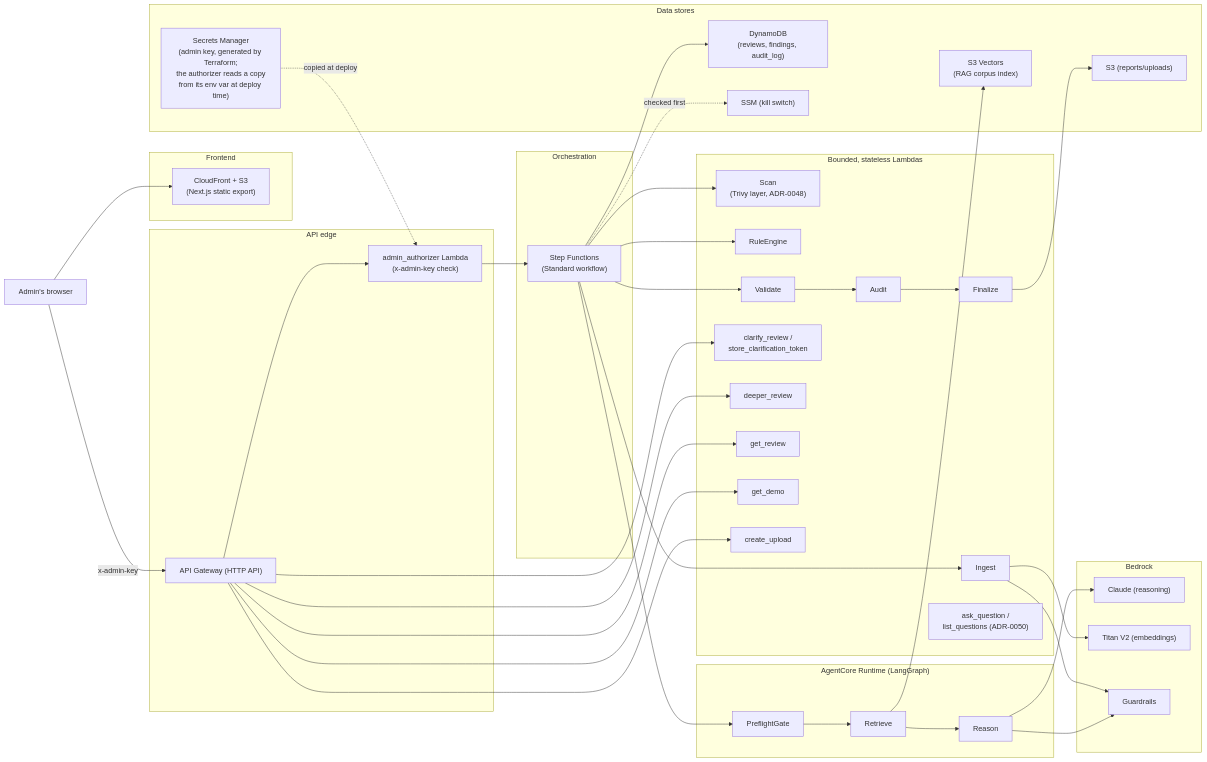
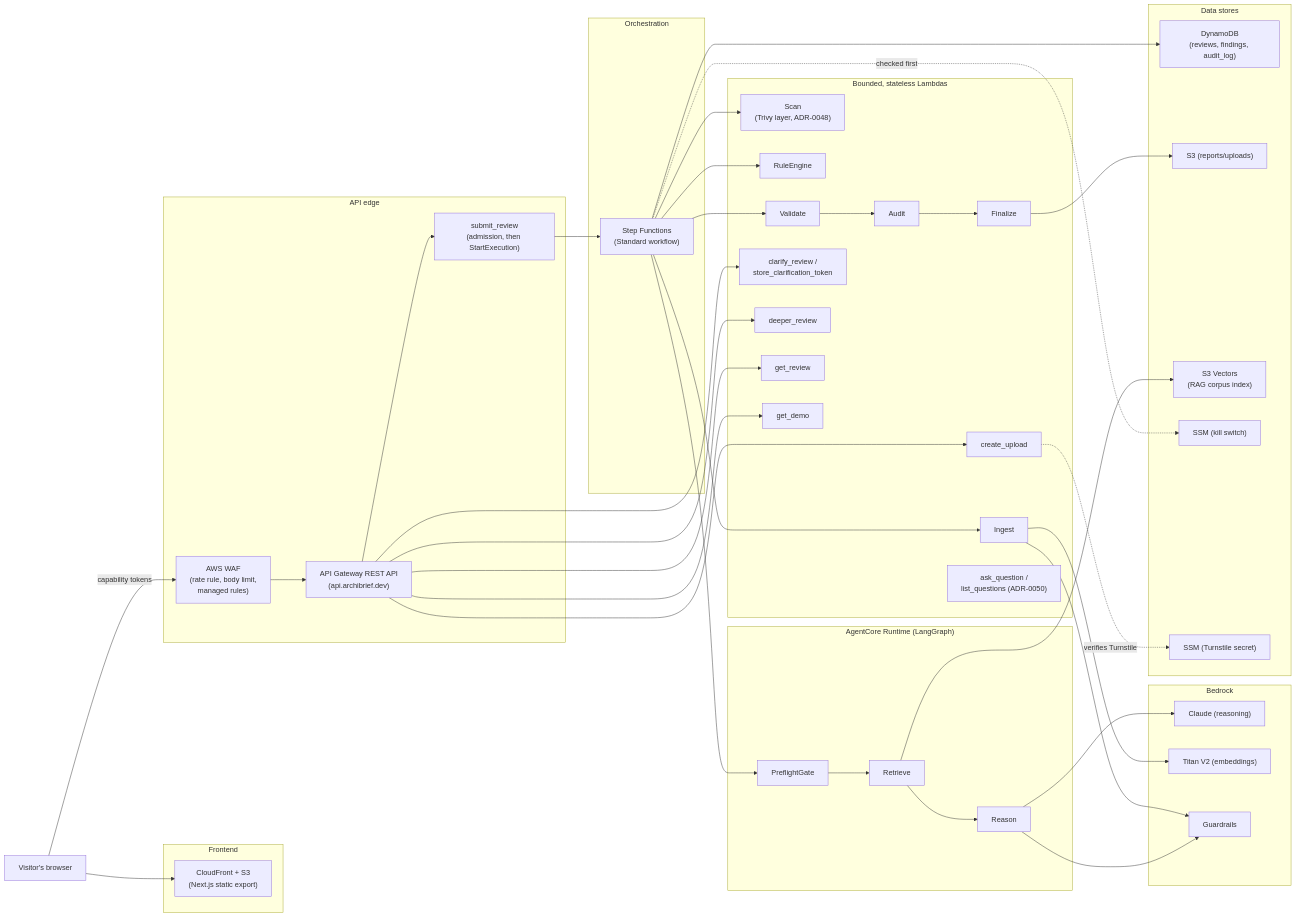
The first of 2 diagrams in docs/architecture.md (nandohtorres/archibrief), drawn with Mermaid before and after one commit. The commit also changed other lines of this file and 68 other files, not shown here.

First line of the commit message:
feat: open submissions to the public and retire the admin key

````diff
--- a/docs/architecture.md
+++ b/docs/architecture.md
@@ -10,76 +10,78 @@
 ```mermaid
 flowchart LR
-    User["Admin's browser"]
+    User["Visitor's browser"]
 
     subgraph Frontend["Frontend"]
         CF["CloudFront + S3<br/>(Next.js static export)"]
     end
 
     subgraph Edge["API edge"]
-        APIGW["API Gateway (HTTP API)"]
-        Auth["admin_authorizer Lambda<br/>(x-admin-key check)"]
+        APIGW["API Gateway REST API<br/>(api.archibrief.dev)"]
+        WAF["AWS WAF<br/>(rate rule, body limit,<br/>managed rules)"]
+        Submit["submit_review<br/>(admission, then StartExecution)"]
     end
 
     subgraph Orchestration["Orchestration"]
         SFN["Step Functions<br/>(Standard workflow)"]
     end
 
     subgraph Compute["Bounded, stateless Lambdas"]
         Ingest["Ingest"]
         Scan["Scan<br/>(Trivy layer, ADR-0048)"]
         Rules["RuleEngine"]
         Validate["Validate"]
         Audit["Audit"]
         Finalize["Finalize"]
         Clarify["clarify_review /<br/>store_clarification_token"]
         Deeper["deeper_review"]
         GetReview["get_review"]
         GetDemo["get_demo"]
         CreateUpload["create_upload"]
         Chat["ask_question /<br/>list_questions (ADR-0050)"]
     end
 
     subgraph Reasoning["AgentCore Runtime (LangGraph)"]
         Preflight["PreflightGate"]
         Retrieve["Retrieve"]
         Reason["Reason"]
     end
 
     subgraph AWSAI["Bedrock"]
         Claude["Claude (reasoning)"]
         Titan["Titan V2 (embeddings)"]
         GR["Guardrails"]
     end
 
     subgraph Data["Data stores"]
         DDB["DynamoDB<br/>(reviews, findings, audit_log)"]
         S3R["S3 (reports/uploads)"]
         S3V["S3 Vectors<br/>(RAG corpus index)"]
         SSM["SSM (kill switch)"]
-        Secrets["Secrets Manager<br/>(admin key, generated by Terraform;<br/>the authorizer reads a copy<br/>from its env var at deploy time)"]
+        Turnstile["SSM (Turnstile secret)"]
     end
 
     User --> CF
-    User -->|x-admin-key| APIGW
-    APIGW --> Auth
-    Auth --> SFN
+    User -->|capability tokens| WAF
+    WAF --> APIGW
+    APIGW --> Submit
+    Submit --> SFN
     APIGW --> GetDemo
     APIGW --> GetReview
     APIGW --> Clarify
     APIGW --> Deeper
     APIGW --> CreateUpload
 
     SFN --> Ingest --> GR
     SFN --> Scan
     SFN --> Rules
     SFN --> Preflight --> Retrieve --> S3V
     Retrieve --> Reason
     Reason --> Claude
     Reason --> GR
     SFN --> Validate --> Audit --> Finalize
     Finalize --> S3R
     SFN --> DDB
     SFN -.->|checked first| SSM
     Ingest --> Titan
-    Secrets -. copied at deploy .-> Auth
+    CreateUpload -.->|verifies Turnstile| Turnstile
 ```
````
